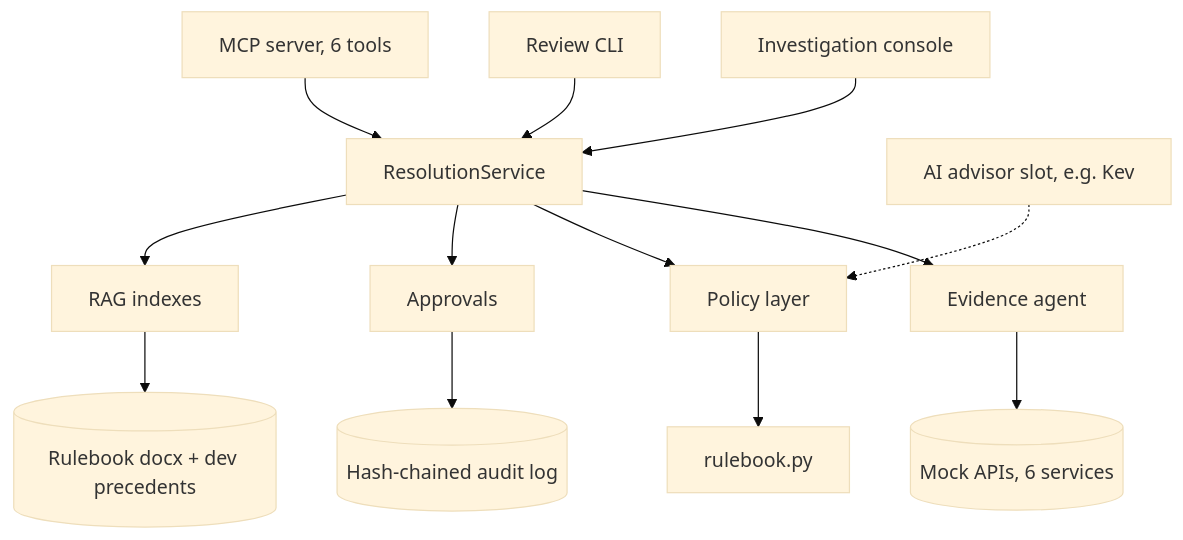
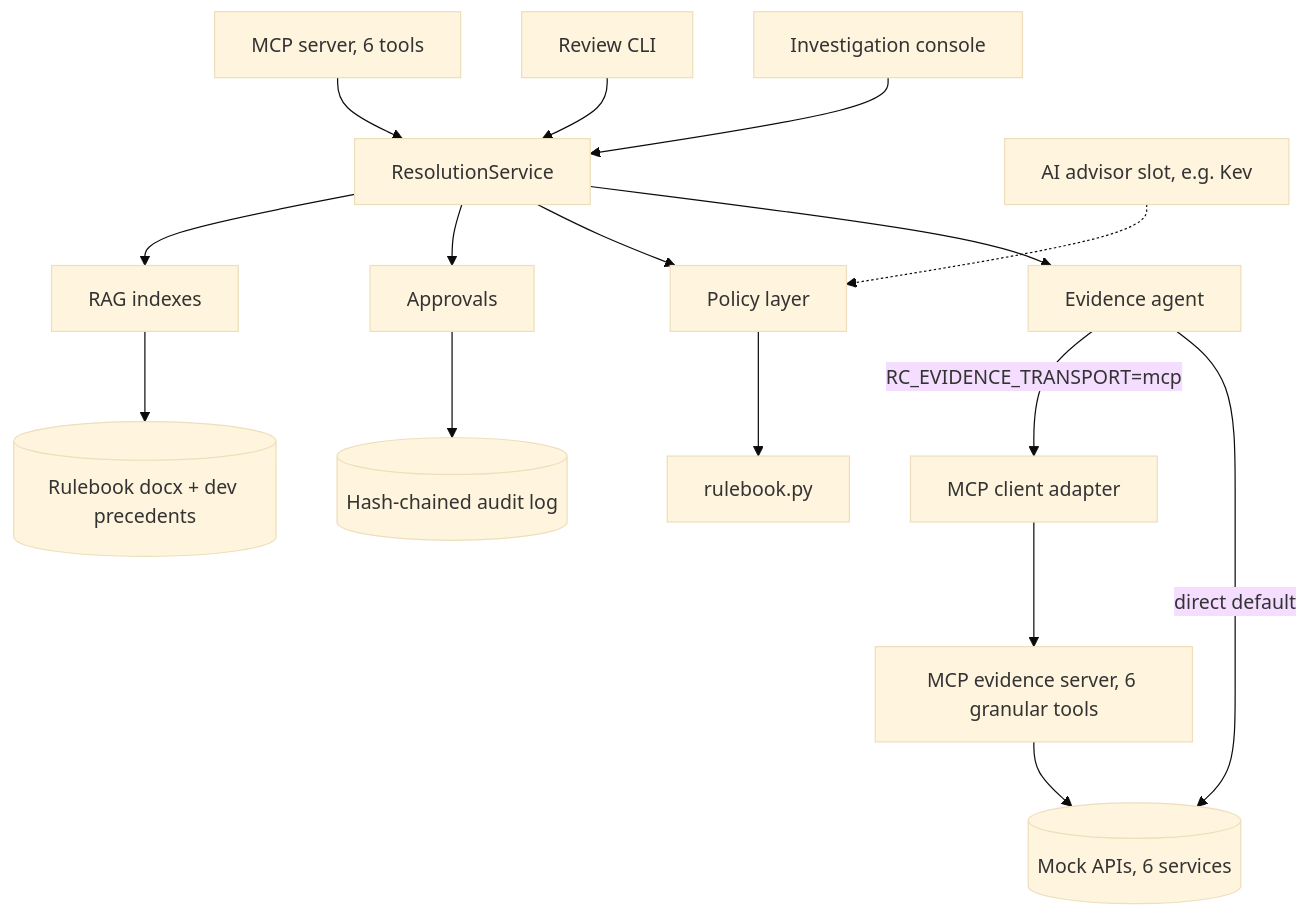
One commit to gowri-shankar-angusamy/resolution-center changed the first of 2 diagrams in README.md. Above: the diagram before and after it, drawn with Mermaid (base theme). The commit also changed other lines of this file and 27 other files, not shown here.

````diff
--- a/README.md
+++ b/README.md
@@ -21,15 +21,18 @@
 ```mermaid
 flowchart TD
     C[Investigation console] --> S
     CLI[Review CLI] --> S
     MCP[MCP server, 6 tools] --> S
     S[ResolutionService] --> E[Evidence agent]
-    E --> M[(Mock APIs, 6 services)]
+    E -->|direct default| M[(Mock APIs, 6 services)]
+    E -->|RC_EVIDENCE_TRANSPORT=mcp| MC[MCP client adapter]
+    MC --> ES[MCP evidence server, 6 granular tools]
+    ES --> M
     S --> P[Policy layer]
     P --> R[rulebook.py]
     S --> A[Approvals]
     A --> L[(Hash-chained audit log)]
     S --> G[RAG indexes]
     G --> D[(Rulebook docx + dev precedents)]
     K[AI advisor slot, e.g. Kev] -.-> P
 ```
````
